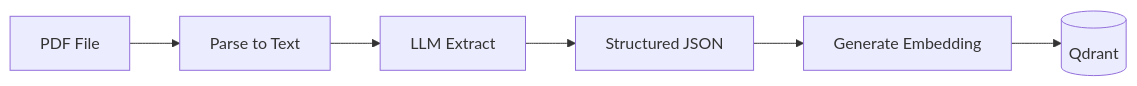
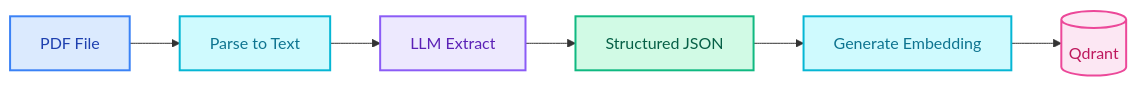
One commit to mhokchuekchuek/mtl_agent changed the diagram in docs/assets/diagrams/prompts/ingestor_extract_product_1.mmd. Above: the diagram before and after it, drawn with Mermaid. The commit also changed 10 other files, not shown here.

Commit message:
docs: update mermaid diagram files

```diff
--- a/docs/assets/diagrams/prompts/ingestor_extract_product_1.mmd
+++ b/docs/assets/diagrams/prompts/ingestor_extract_product_1.mmd
@@ -1,6 +1,18 @@
 flowchart LR
     PDF[PDF File] --> PARSE[Parse to Text]
     PARSE --> EXTRACT[LLM Extract]
     EXTRACT --> JSON[Structured JSON]
     JSON --> EMBED[Generate Embedding]
     EMBED --> QDRANT[(Qdrant)]
+
+    classDef input fill:#dbeafe,stroke:#3b82f6,stroke-width:2px,color:#1e40af
+    classDef process fill:#cffafe,stroke:#06b6d4,stroke-width:2px,color:#0e7490
+    classDef llm fill:#ede9fe,stroke:#8b5cf6,stroke-width:2px,color:#5b21b6
+    classDef data fill:#d1fae5,stroke:#10b981,stroke-width:2px,color:#065f46
+    classDef db fill:#fce7f3,stroke:#ec4899,stroke-width:2px,color:#be185d
+
+    class PDF input
+    class PARSE,EMBED process
+    class EXTRACT llm
+    class JSON data
+    class QDRANT db
```
